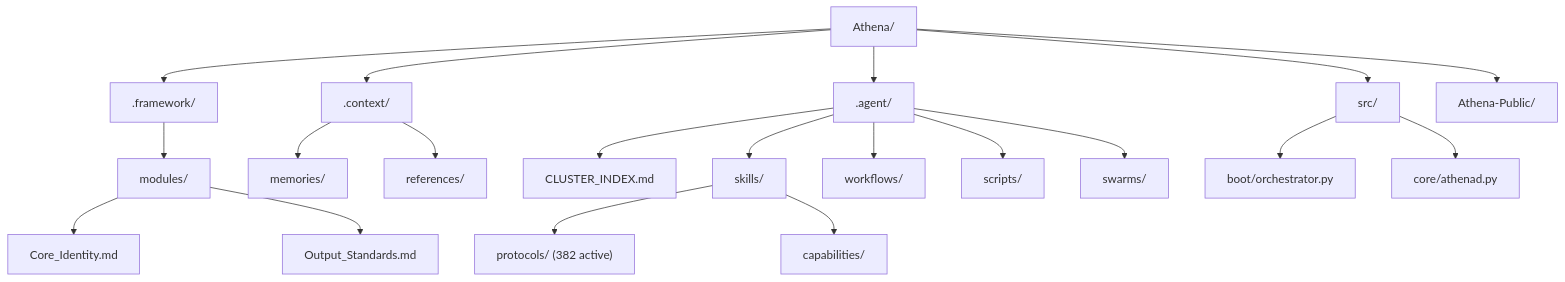
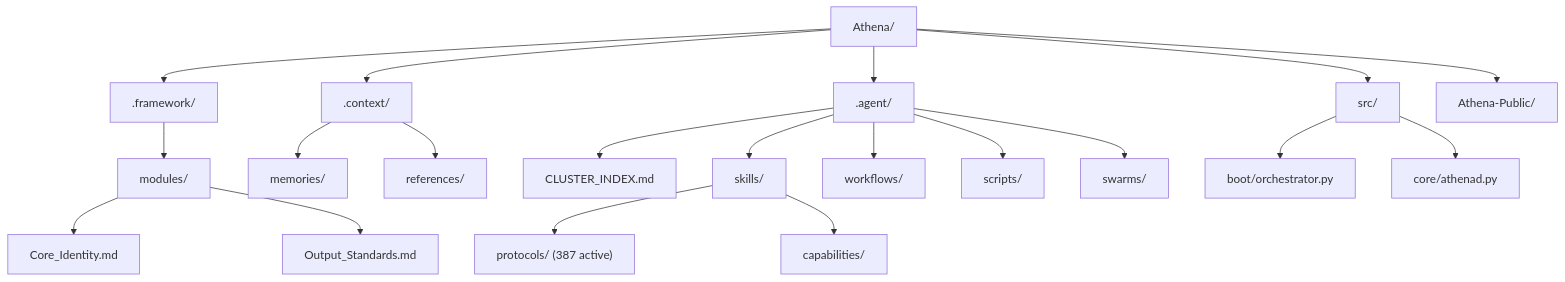
One commit to agent-memory-atlas-archive/winstonkoh87--Athena-Public changed the first of 9 diagrams in docs/ARCHITECTURE.md. Above: the diagram before and after it, drawn with Mermaid. The commit also changed other lines of this file and 6 other files, not shown here.

````diff
--- a/docs/ARCHITECTURE.md
+++ b/docs/ARCHITECTURE.md
@@ -101,27 +101,27 @@
 ```mermaid
 graph TD
     ROOT[Athena/] --> FRAMEWORK[.framework/]
     ROOT --> CONTEXT[.context/]
     ROOT --> AGENT[.agent/]
     ROOT --> SRC[src/]
     ROOT --> PUBLIC[Athena-Public/]
 
     FRAMEWORK --> FW_MODULES[modules/]
     FW_MODULES --> CORE_ID[Core_Identity.md]
     FW_MODULES --> OUTPUT[Output_Standards.md]
 
     CONTEXT --> MEMORIES[memories/]
     CONTEXT --> REFS[references/]
 
     AGENT --> CLUSTER_IDX[CLUSTER_INDEX.md]
     AGENT --> SKILLS[skills/]
     AGENT --> WORKFLOWS[workflows/]
     AGENT --> SCRIPTS[scripts/]
     AGENT --> SWARMS[swarms/]
 
-    SKILLS --> PROTOCOLS["protocols/ (382 active)"]
+    SKILLS --> PROTOCOLS["protocols/ (387 active)"]
     SKILLS --> CAPS[capabilities/]
 
     SRC --> BOOT[boot/orchestrator.py]
     SRC --> CORE[core/athenad.py]
 ```
````
